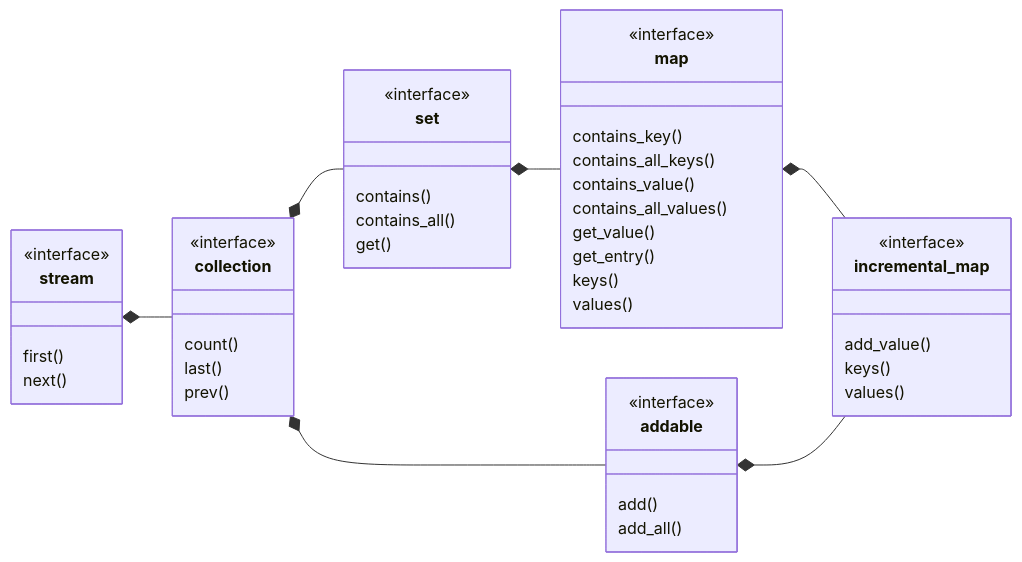
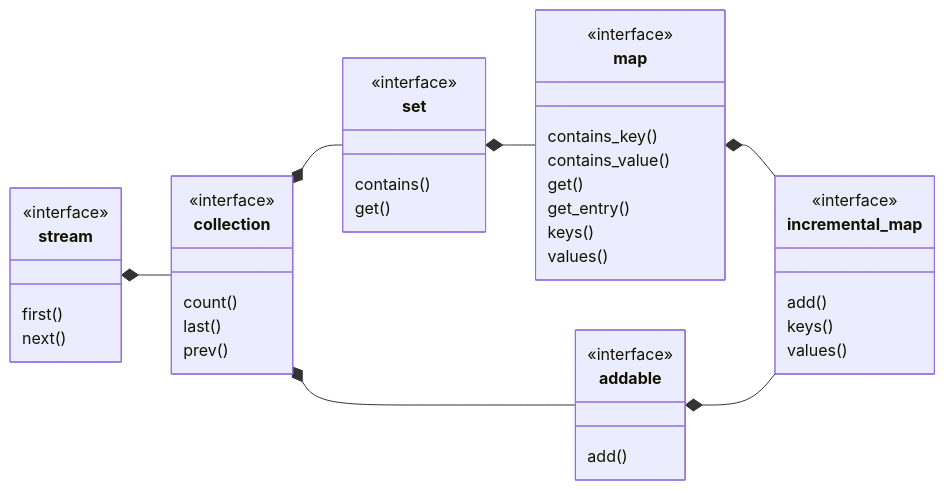
The diagram in doc/incremental_map.md (pretore/aquarium-butterflyfish), drawn with Mermaid before and after one commit. The commit also changed 387 other files, not shown here.

````diff
--- a/doc/incremental_map.md
+++ b/doc/incremental_map.md
@@ -3,49 +3,45 @@
 ```mermaid
 classDiagram
     direction LR
     class stream {
         first()
         next()
     }
     <<interface>> stream
     class collection {
         count()
         last()
         prev()
     }
     <<interface>> collection
     stream *-- collection
     class set {
         contains()
-        contains_all()
         get()
     }
     <<interface>> set
     collection *-- set
     class addable {
         add()
-        add_all()      
     }
     <<interface>> addable
     collection *-- addable
     class map {
         contains_key()
-        contains_all_keys()
         contains_value()
-        contains_all_values()
-        get_value()
+        get()
         get_entry()
         keys()
         values()
     }
     <<interface>> map
     set *-- map
     class incremental_map {
-        add_value()
+        add()
         keys()
         values()
     }
     <<interface>> incremental_map
     map *-- incremental_map
     addable *-- incremental_map
 ```
````
